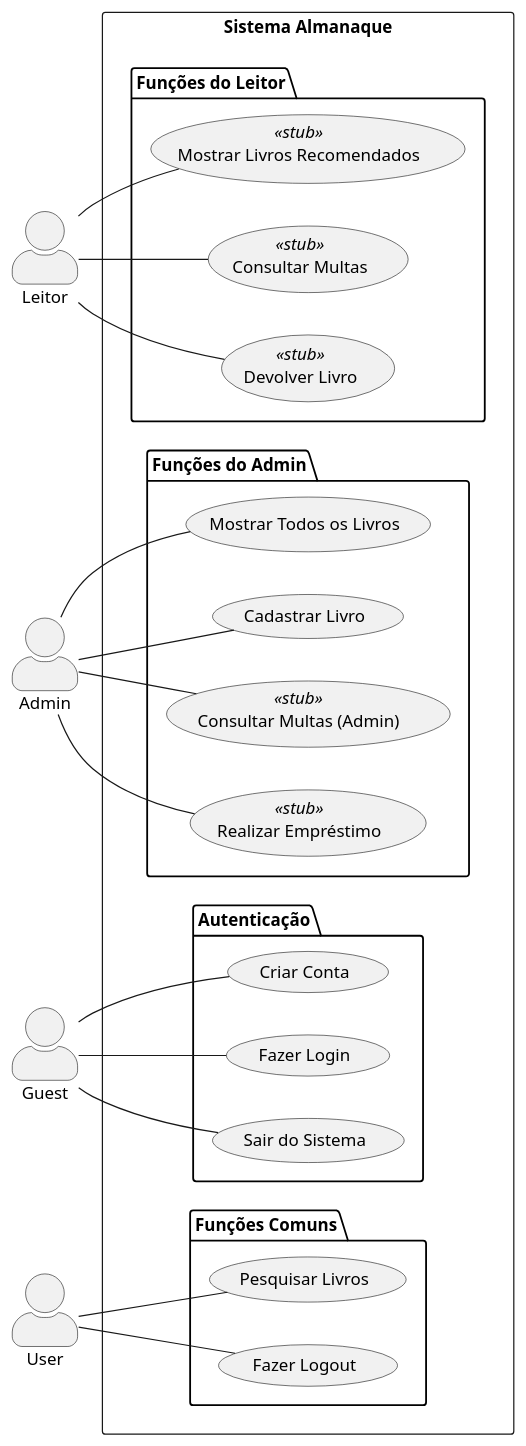
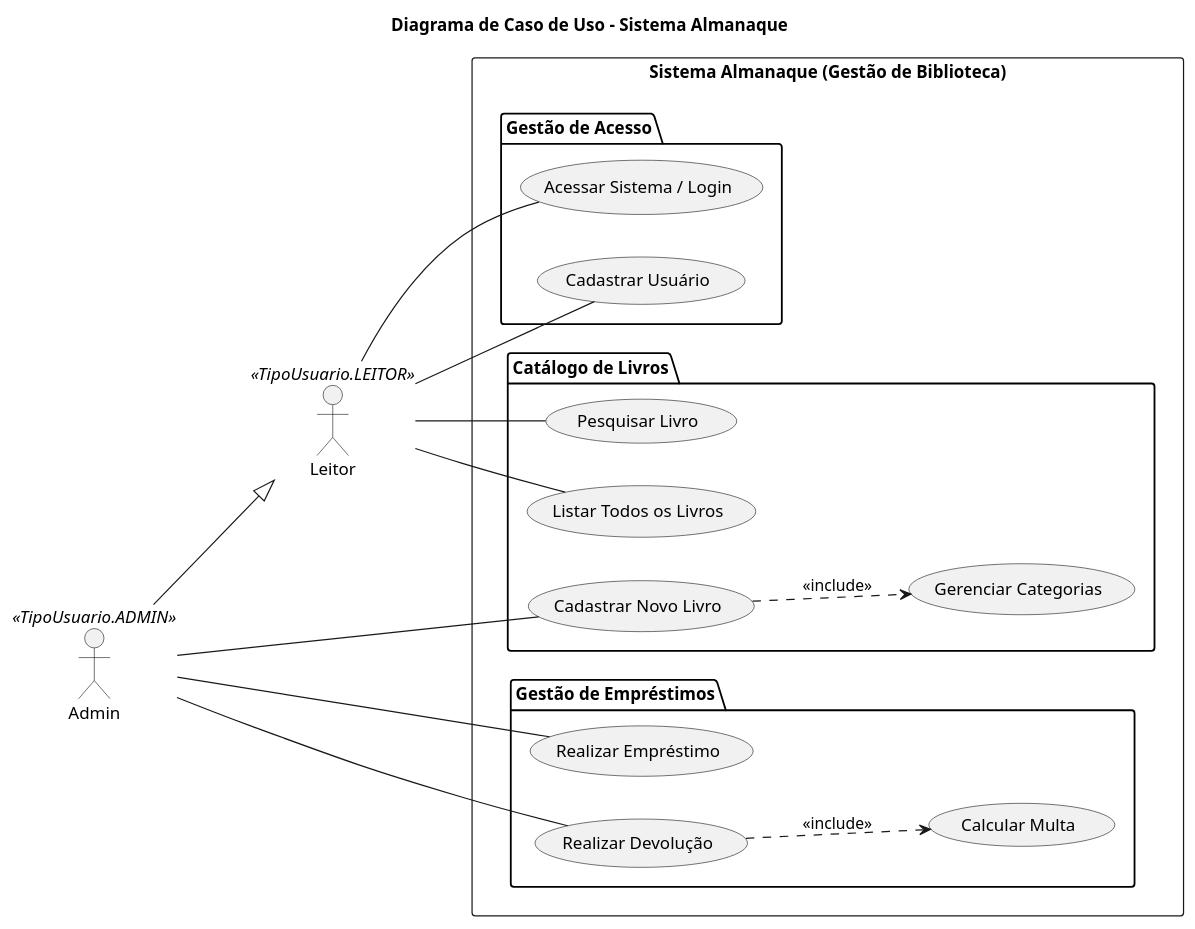
The diagram in docs/DiagramaCasoDeUso.puml (Demicouto/Projeto-Almanaque), drawn with PlantUML before and after one commit. The commit also changed 1 other file, not shown here.

Commit message:
docs(Diagramas): Refatoração dos diagramas.

```diff
--- a/docs/DiagramaCasoDeUso.puml
+++ b/docs/DiagramaCasoDeUso.puml
@@ -1,62 +1,74 @@
-@startuml
-skinparam actorStyle awesome
+@startuml AlmanaqueUseCaseDiagram
+title Diagrama de Caso de Uso - Sistema Almanaque
+
+' Configura o layout para a direção da esquerda para a direita, típica para Use Case
 left to right direction
 
+' ===================================================================
+' Atores
+' ===================================================================
+actor Leitor as Leitor <<TipoUsuario.LEITOR>>
+actor Admin as Admin <<TipoUsuario.ADMIN>>
 
+' Relação de Generalização: Um Admin é também um Leitor
+Admin --|> Leitor
 
-actor "Leitor"
-actor "Admin"
+' ===================================================================
+' Limite do Sistema
+' ===================================================================
+rectangle "Sistema Almanaque (Gestão de Biblioteca)" {
 
+  ' =================================================================
+  ' Casos de Uso
+  ' =================================================================
 
-rectangle "Sistema Almanaque" {
+  package "Gestão de Acesso" {
+    (Acessar Sistema / Login) as UC_LOGIN
+    (Cadastrar Usuário) as UC_CAD_USER
+  }
 
+  package "Catálogo de Livros" {
+    (Pesquisar Livro) as UC_PESQ_LIVRO
+    (Listar Todos os Livros) as UC_LIST_LIVRO
+    (Cadastrar Novo Livro) as UC_CAD_LIVRO
+    (Gerenciar Categorias) as UC_GER_CAT
+  }
 
-  package "Autenticação" {
-    usecase "Criar Conta" as UC_Create
-    usecase "Fazer Login" as UC_Login
-    usecase "Sair do Sistema" as UC_Exit
+  package "Gestão de Empréstimos" {
+    ' Implementação no EmprestimoController
+    (Realizar Empréstimo) as UC_EMPRESTAR
+    (Realizar Devolução) as UC_DEVOLVER
+    (Calcular Multa) as UC_MULTA
   }
 
 
-  package "Funções Comuns" {
-    usecase "Pesquisar Livros" as UC_Search
-    usecase "Fazer Logout" as UC_Logout
-  }
+  ' =================================================================
+  ' Relações dos Casos de Uso
+  ' =================================================================
 
+  ' Relacionamento de Inclusão: Devolução *sempre* inclui a verificação da multa
+  UC_DEVOLVER ..> UC_MULTA : <<include>>
 
-  package "Funções do Leitor" {
-    usecase "Mostrar Livros Recomendados" as UC_Recomend <<stub>>
-    usecase "Consultar Multas" as UC_LeitorMulta <<stub>>
-    usecase "Devolver Livro" as UC_Devolve <<stub>>
-  }
+  ' Relacionamento de Inclusão: O cadastro de livro pode incluir o gerenciamento de categoria
+  UC_CAD_LIVRO ..> UC_GER_CAT : <<include>>
 
-
-  package "Funções do Admin" {
-    usecase "Mostrar Todos os Livros" as UC_ListAll
-    usecase "Cadastrar Livro" as UC_AddLivro
-    usecase "Consultar Multas (Admin)" as UC_AdminMulta <<stub>>
-    usecase "Realizar Empréstimo" as UC_Emprestimo <<stub>>
-  }
 }
 
+' ===================================================================
+' Relações dos Atores
+' ===================================================================
 
-Guest -- UC_Create
-Guest -- UC_Login
-Guest -- UC_Exit
+' Acesso
+Leitor -- UC_LOGIN
+Leitor -- UC_CAD_USER
 
+' Catálogo (Funcionalidades de Leitor herdadas pelo Admin)
+Leitor -- UC_PESQ_LIVRO
+Leitor -- UC_LIST_LIVRO
 
-User -- UC_Search
-User -- UC_Logout
-
-
-Leitor -- UC_Recomend
-Leitor -- UC_LeitorMulta
-Leitor -- UC_Devolve
-
-
-Admin -- UC_ListAll
-Admin -- UC_AddLivro
-Admin -- UC_AdminMulta
-Admin -- UC_Emprestimo
+' Funções de Admin
+Admin -- UC_CAD_LIVRO
+Admin -- UC_EMPRESTAR
+Admin -- UC_DEVOLVER
 
 @enduml
```
